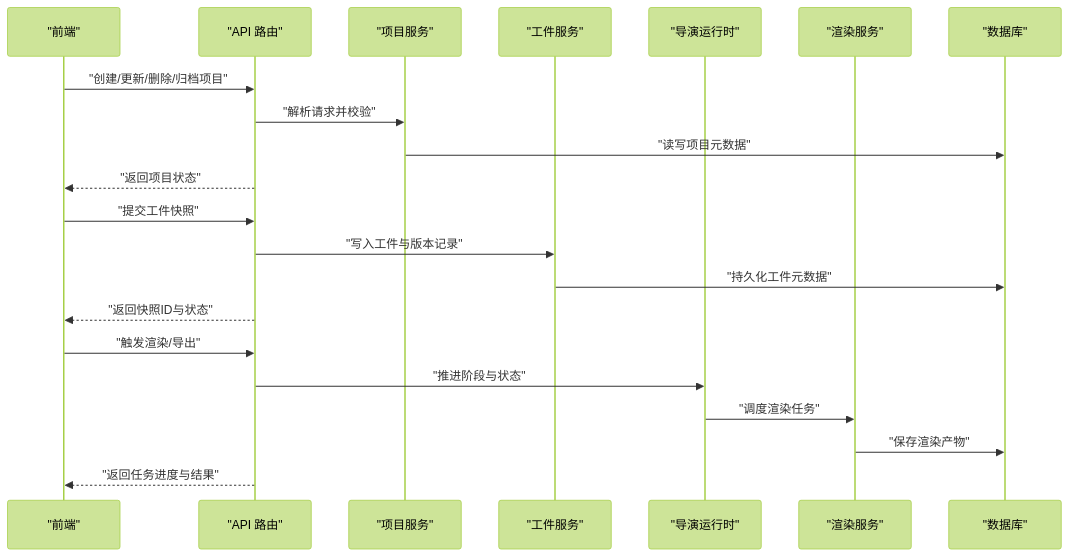
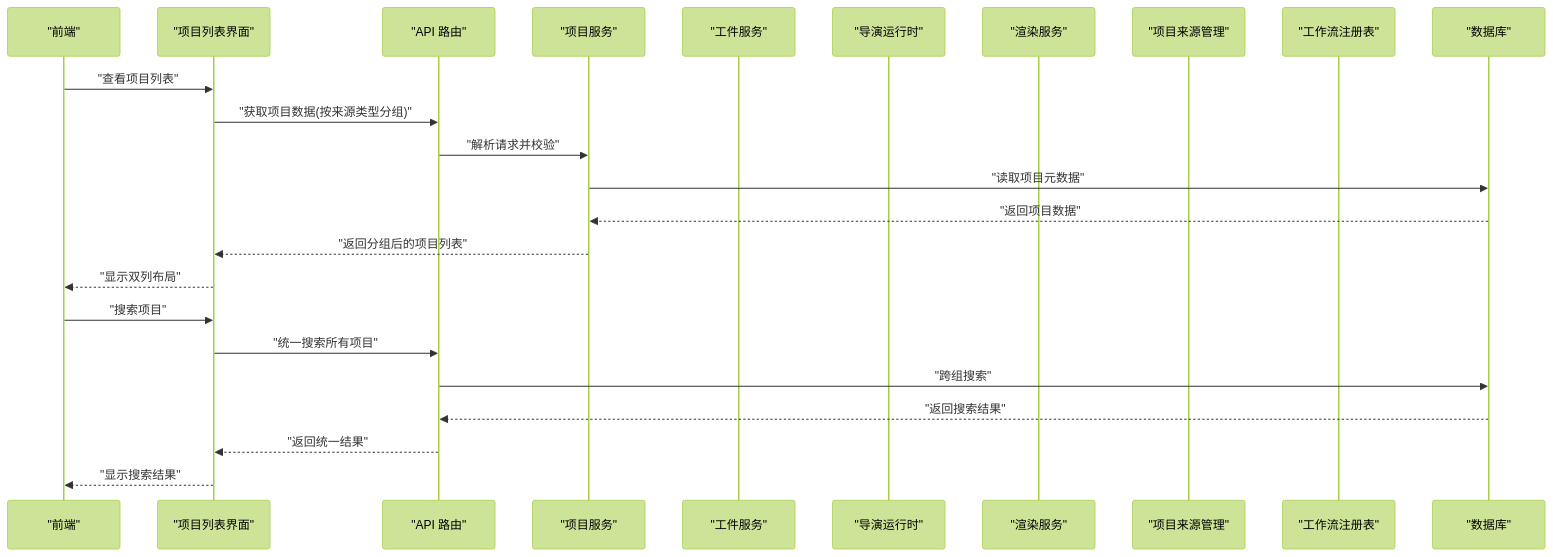
Before and after one commit to scottcwy/PurpleInk: the second of 15 diagrams in .qoder/repowiki/zh/content/项目管理/项目管理.md, drawn with Mermaid (forest theme). The commit also changed other lines of this file and 29 other files, not shown here.

````diff
--- a/.qoder/repowiki/zh/content/项目管理/项目管理.md
+++ b/.qoder/repowiki/zh/content/项目管理/项目管理.md
@@ -116,23 +151,26 @@
 ```mermaid
 sequenceDiagram
 participant FE as "前端"
+participant ProjectList as "项目列表界面"
 participant API as "API 路由"
 participant ProjectSvc as "项目服务"
 participant ArtifactSvc as "工件服务"
 participant Director as "导演运行时"
 participant Render as "渲染服务"
+participant Sources as "项目来源管理"
+participant Registry as "工作流注册表"
 participant DB as "数据库"
-FE->>API : "创建/更新/删除/归档项目"
+FE->>ProjectList : "查看项目列表"
+ProjectList->>API : "获取项目数据(按来源类型分组)"
 API->>ProjectSvc : "解析请求并校验"
-ProjectSvc->>DB : "读写项目元数据"
-API-->>FE : "返回项目状态"
-FE->>API : "提交工件快照"
-API->>ArtifactSvc : "写入工件与版本记录"
-ArtifactSvc->>DB : "持久化工件元数据"
-API-->>FE : "返回快照ID与状态"
-FE->>API : "触发渲染/导出"
-API->>Director : "推进阶段与状态"
-Director->>Render : "调度渲染任务"
-Render->>DB : "保存渲染产物"
-API-->>FE : "返回任务进度与结果"
+ProjectSvc->>DB : "读取项目元数据"
+DB-->>ProjectSvc : "返回项目数据"
+ProjectSvc-->>ProjectList : "返回分组后的项目列表"
+ProjectList-->>FE : "显示双列布局"
+FE->>ProjectList : "搜索项目"
+ProjectList->>API : "统一搜索所有项目"
+API->>DB : "跨组搜索"
+DB-->>API : "返回搜索结果"
+API-->>ProjectList : "返回统一结果"
+ProjectList-->>FE : "显示搜索结果"
 ```
````
